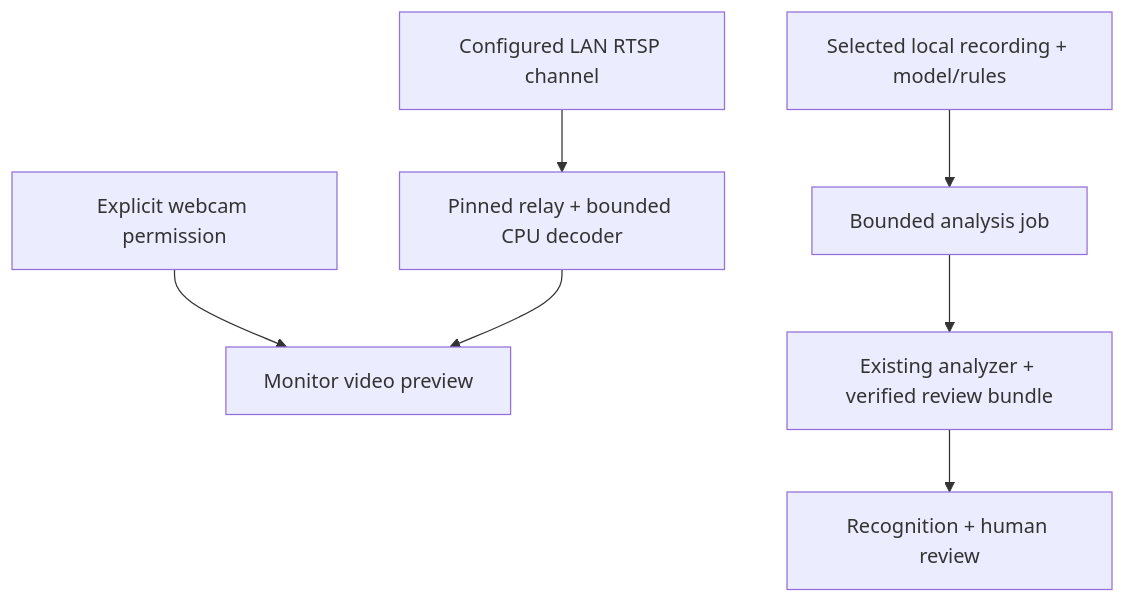
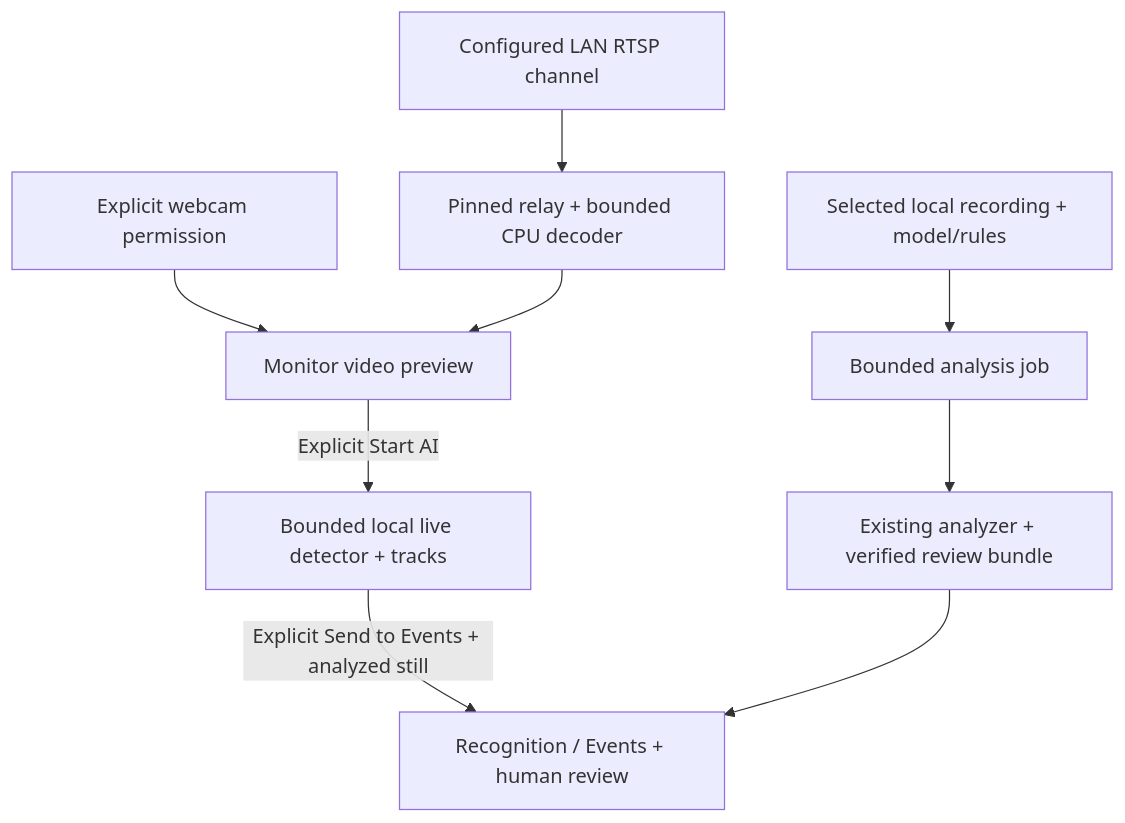
Before and after one commit to bartytime4life/Intelligent-DVR-Tool: the first of 3 diagrams in docs/architecture.md, drawn with Mermaid. The commit also changed other lines of this file and 92 other files, not shown here.

````diff
--- a/docs/architecture.md
+++ b/docs/architecture.md
@@ -13,9 +13,11 @@
 ```mermaid
 flowchart TD
   A["Explicit webcam permission"] --> B["Monitor video preview"]
   C["Configured LAN RTSP channel"] --> D["Pinned relay + bounded CPU decoder"]
   D --> B
+  B -->|"Explicit Start AI"| I["Bounded local live detector + tracks"]
+  I -->|"Explicit Send to Events + analyzed still"| H["Recognition / Events + human review"]
   E["Selected local recording + model/rules"] --> F["Bounded analysis job"]
   F --> G["Existing analyzer + verified review bundle"]
-  G --> H["Recognition + human review"]
+  G --> H
 ```
````
